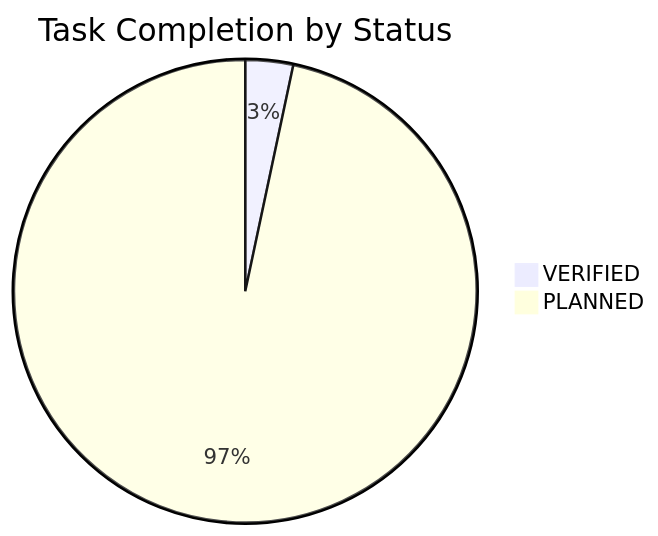
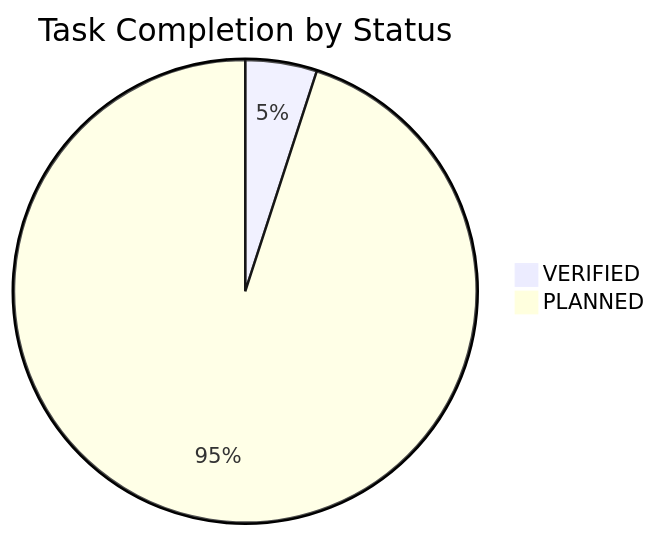
Before and after one commit to NguyenTriBaoThang/ClearWayAI: the diagram in docs/TASK_BOARD.md, drawn with Mermaid. The commit also changed other lines of this file and 12 other files, not shown here.

````diff
--- a/docs/TASK_BOARD.md
+++ b/docs/TASK_BOARD.md
@@ -16,5 +16,5 @@
 ```mermaid
 pie title Task Completion by Status
-    "VERIFIED" : 2
-    "PLANNED" : 58
+    "VERIFIED" : 3
+    "PLANNED" : 57
 ```
````
